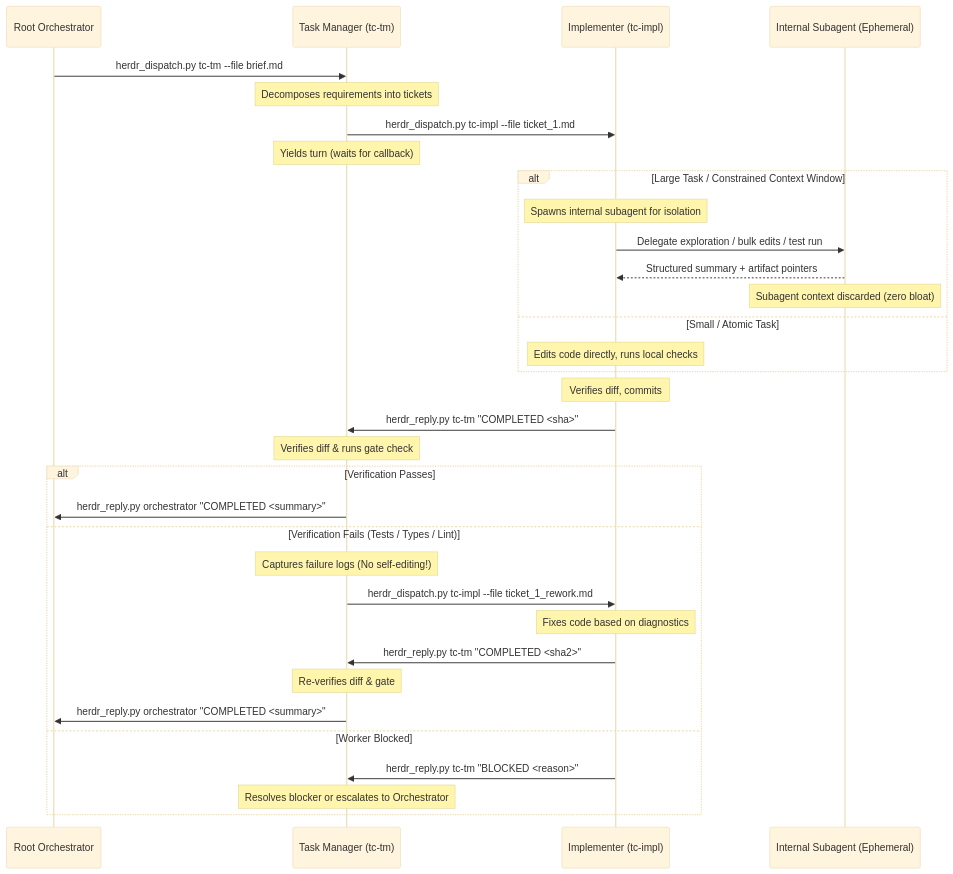
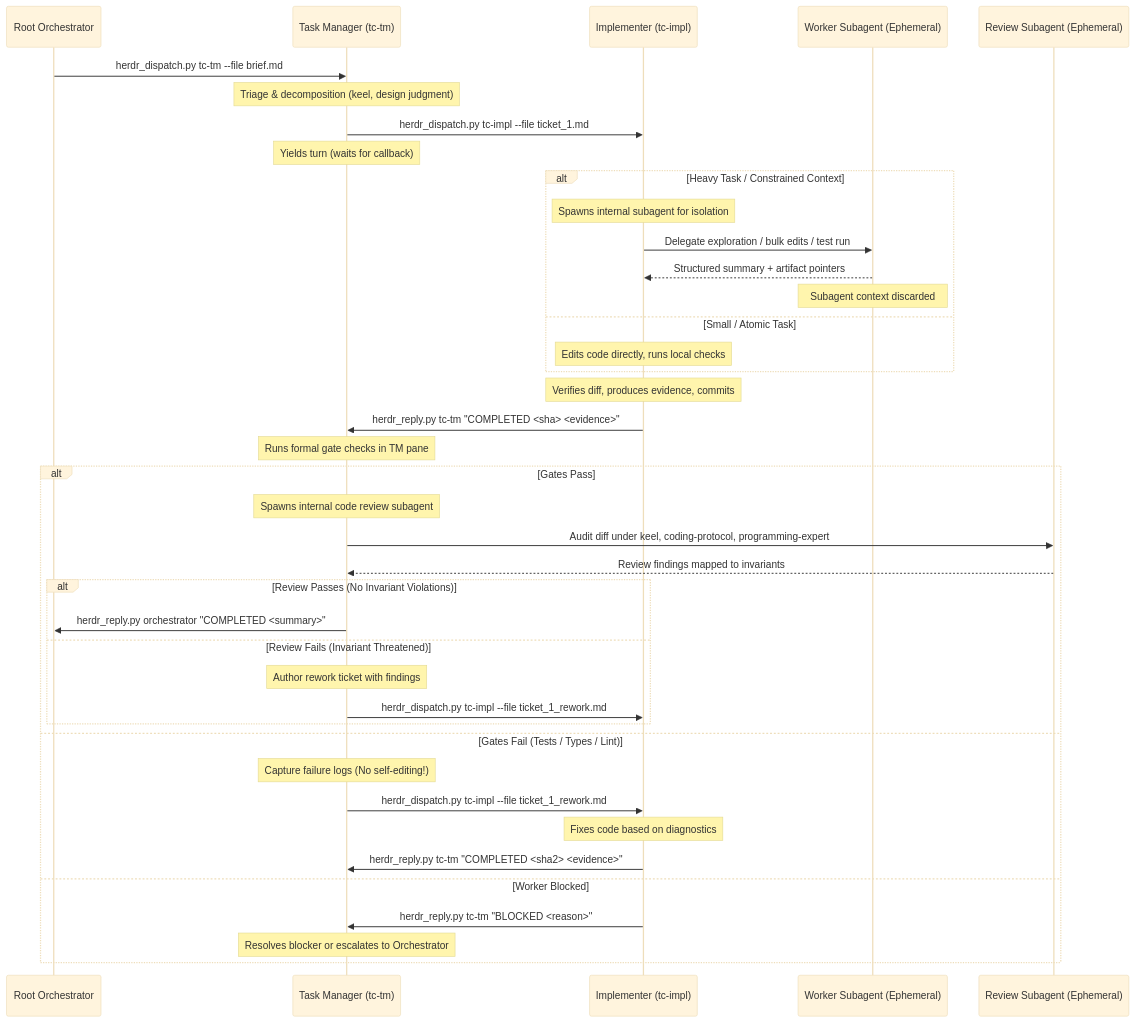
Before and after one commit to Rianico/harness-zkx: the diagram in skills/herdr/references/lane-coordination.md, drawn with Mermaid (base theme). The commit also changed other lines of this file and 2 other files, not shown here.

First line of the commit message:
docs(herdr): bind lane role boundaries and architectural skills (#173)

````diff
--- a/skills/herdr/references/lane-coordination.md
+++ b/skills/herdr/references/lane-coordination.md
@@ -124,39 +300,47 @@
 ```mermaid
 sequenceDiagram
     participant Orch as Root Orchestrator
     participant TM as Task Manager (tc-tm)
     participant Impl as Implementer (tc-impl)
-    participant Sub as Internal Subagent (Ephemeral)
+    participant ImplSub as Worker Subagent (Ephemeral)
+    participant TMSub as Review Subagent (Ephemeral)
 
     Orch->>TM: herdr_dispatch.py tc-tm --file brief.md
-    Note over TM: Decomposes requirements into tickets
+    Note over TM: Triage & decomposition (keel, design judgment)
     TM->>Impl: herdr_dispatch.py tc-impl --file ticket_1.md
     Note over TM: Yields turn (waits for callback)
 
-    alt Large Task / Constrained Context Window
+    alt Heavy Task / Constrained Context
         Note over Impl: Spawns internal subagent for isolation
-        Impl->>Sub: Delegate exploration / bulk edits / test run
-        Sub-->>Impl: Structured summary + artifact pointers
-        Note over Sub: Subagent context discarded (zero bloat)
+        Impl->>ImplSub: Delegate exploration / bulk edits / test run
+        ImplSub-->>Impl: Structured summary + artifact pointers
+        Note over ImplSub: Subagent context discarded
     else Small / Atomic Task
         Note over Impl: Edits code directly, runs local checks
     end
 
-    Note over Impl: Verifies diff, commits
-    Impl->>TM: herdr_reply.py tc-tm "COMPLETED <sha>"
-    Note over TM: Verifies diff & runs gate check
+    Note over Impl: Verifies diff, produces evidence, commits
+    Impl->>TM: herdr_reply.py tc-tm "COMPLETED <sha> <evidence>"
+    Note over TM: Runs formal gate checks in TM pane
 
-    alt Verification Passes
-        TM->>Orch: herdr_reply.py orchestrator "COMPLETED <summary>"
-    else Verification Fails (Tests / Types / Lint)
-        Note over TM: Captures failure logs (No self-editing!)
+    alt Gates Pass
+        Note over TM: Spawns internal code review subagent
+        TM->>TMSub: Audit diff under keel, coding-protocol, programming-expert
+        TMSub-->>TM: Review findings mapped to invariants
+        
+        alt Review Passes (No Invariant Violations)
+            TM->>Orch: herdr_reply.py orchestrator "COMPLETED <summary>"
+        else Review Fails (Invariant Threatened)
+            Note over TM: Author rework ticket with findings
+            TM->>Impl: herdr_dispatch.py tc-impl --file ticket_1_rework.md
+        end
+    else Gates Fail (Tests / Types / Lint)
+        Note over TM: Capture failure logs (No self-editing!)
         TM->>Impl: herdr_dispatch.py tc-impl --file ticket_1_rework.md
         Note over Impl: Fixes code based on diagnostics
-        Impl->>TM: herdr_reply.py tc-tm "COMPLETED <sha2>"
-        Note over TM: Re-verifies diff & gate
-        TM->>Orch: herdr_reply.py orchestrator "COMPLETED <summary>"
+        Impl->>TM: herdr_reply.py tc-tm "COMPLETED <sha2> <evidence>"
     else Worker Blocked
         Impl->>TM: herdr_reply.py tc-tm "BLOCKED <reason>"
         Note over TM: Resolves blocker or escalates to Orchestrator
     end
 ```
````
